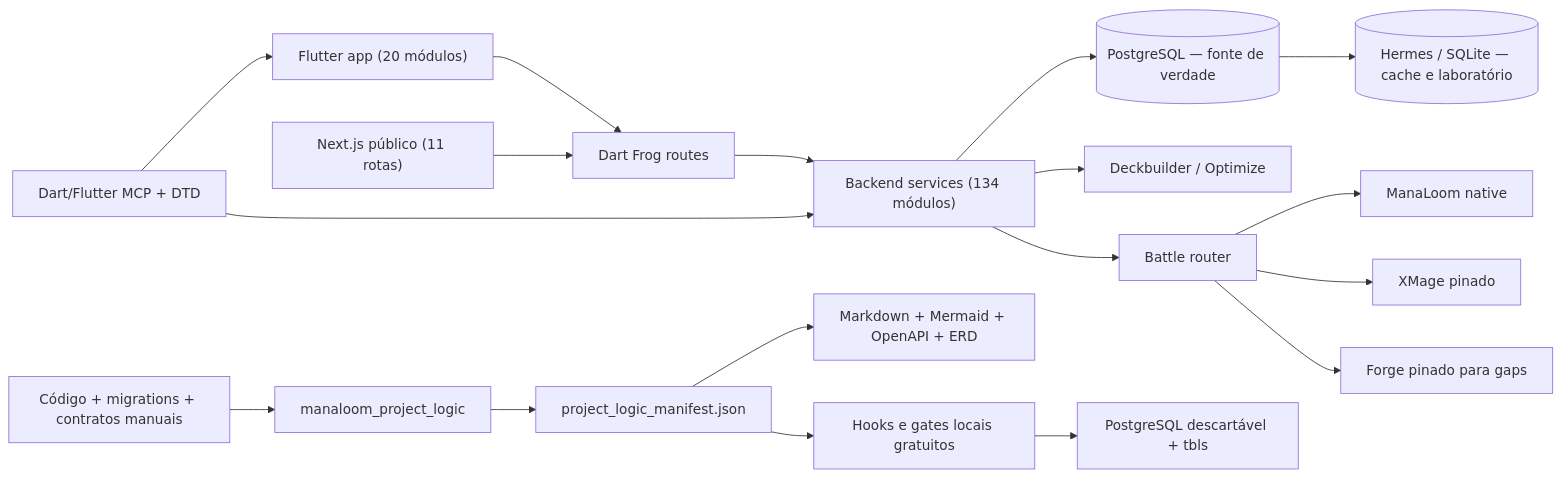
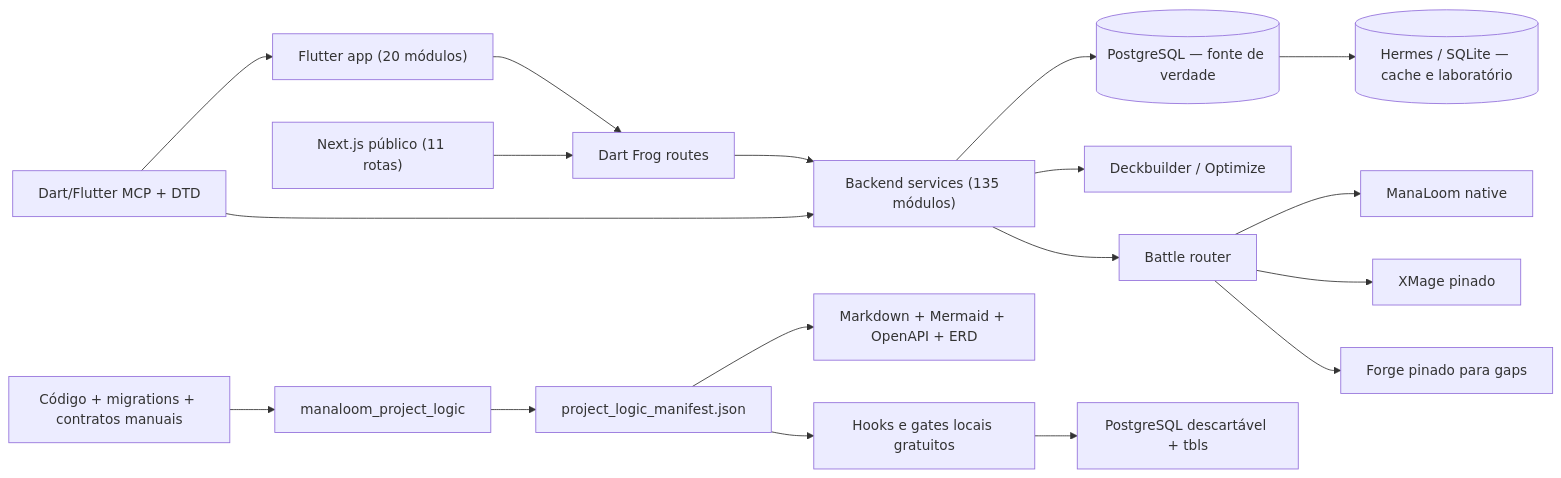
One commit to softwarePredador/mtgia changed the diagram in docs/generated/ARCHITECTURE.md. Above: the diagram before and after it, drawn with Mermaid. The commit also changed 12 other files, not shown here.

````diff
--- a/docs/generated/ARCHITECTURE.md
+++ b/docs/generated/ARCHITECTURE.md
@@ -5,20 +5,20 @@
 ```mermaid
 flowchart LR
     UI["Flutter app (20 módulos)"] --> API["Dart Frog routes"]
     WEB["Next.js público (11 rotas)"] --> API
-    API --> DOMAIN["Backend services (134 módulos)"]
+    API --> DOMAIN["Backend services (135 módulos)"]
     DOMAIN --> PG[("PostgreSQL — fonte de verdade")]
     DOMAIN --> AI["Deckbuilder / Optimize"]
     DOMAIN --> BATTLE["Battle router"]
     BATTLE --> NATIVE["ManaLoom native"]
     BATTLE --> XMAGE["XMage pinado"]
     BATTLE --> FORGE["Forge pinado para gaps"]
     PG --> HERMES[("Hermes / SQLite — cache e laboratório")]
     SRC["Código + migrations + contratos manuais"] --> GEN["manaloom_project_logic"]
     GEN --> MANIFEST["project_logic_manifest.json"]
     MANIFEST --> DOCS["Markdown + Mermaid + OpenAPI + ERD"]
     MANIFEST --> LOCAL["Hooks e gates locais gratuitos"]
     LOCAL --> TBLS["PostgreSQL descartável + tbls"]
     MCP["Dart/Flutter MCP + DTD"] --> UI
     MCP --> DOMAIN
 ```
````
